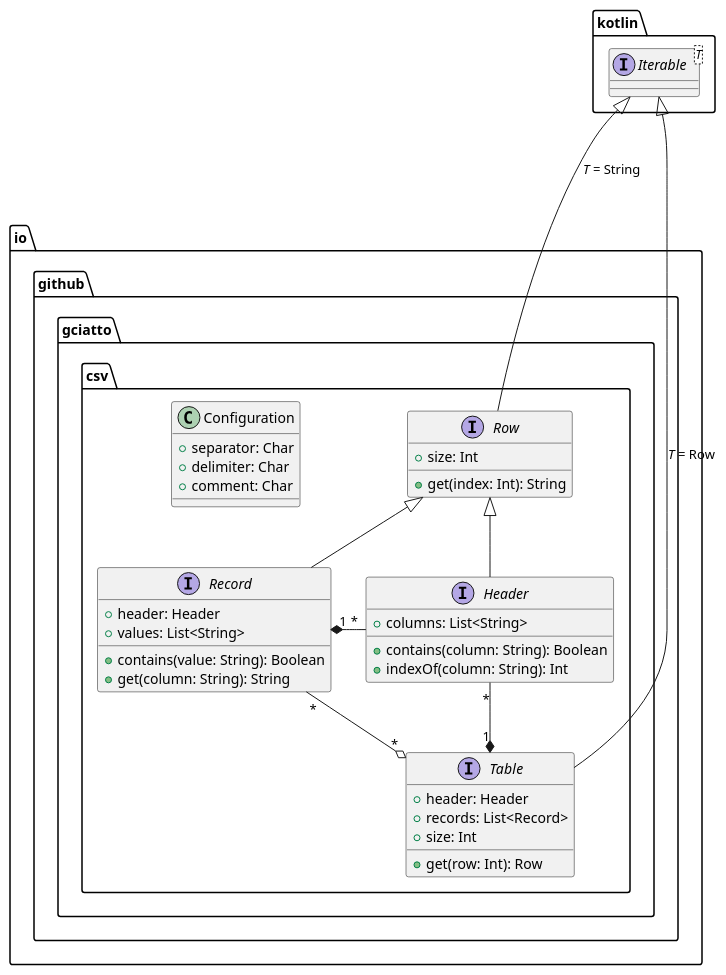
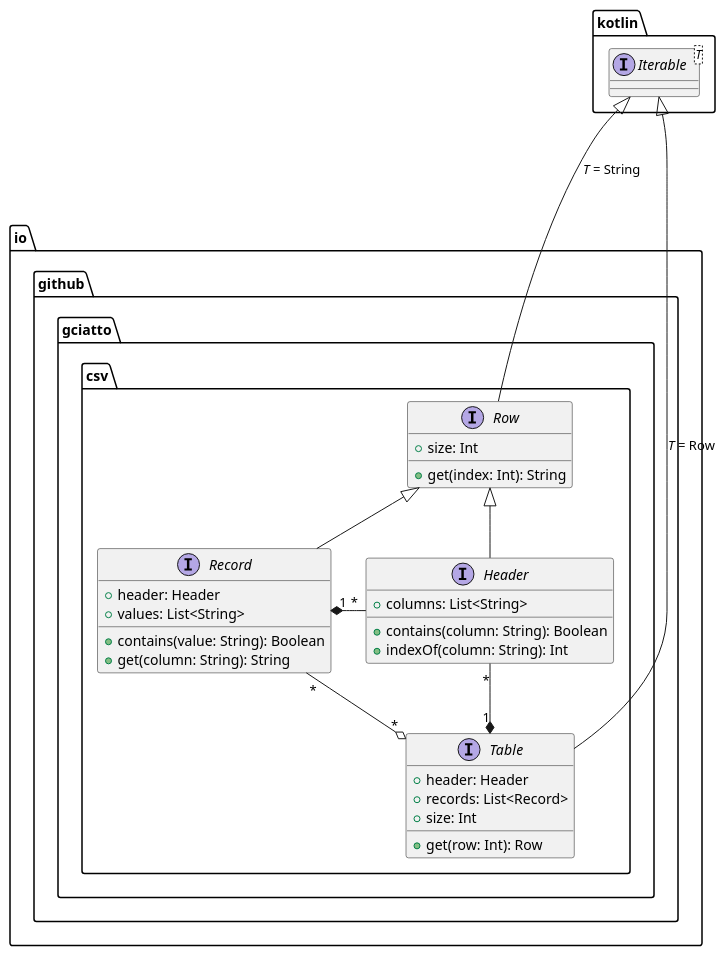
The first of 5 diagrams in content/02-WOBA/_index.md (gciatto/mpp4rs-slides), drawn with PlantUML before and after one commit. The commit also changed other lines of this file, not shown here.

```diff
--- a/content/02-WOBA/_index.md
+++ b/content/02-WOBA/_index.md
@@ -481,52 +502,47 @@
 @startuml
+skinparam monochrome false
 top to bottom direction
 
 package "kotlin" {
     interface Iterable<T>
 }
 
 package "io.github.gciatto.csv" {
     interface Row {
         + get(index: Int): String
         + size: Int
     }
 
     Row -up-|> Iterable: //T// = String
 
     interface Header {
         + columns: List<String>
         + contains(column: String): Boolean
         + indexOf(column: String): Int
     }
 
     Row <|-- Header
 
     interface Record {
         + header: Header
         + values: List<String>
         + contains(value: String): Boolean
         + get(column: String): String
     }
 
     Row <|-- Record
 
     Record "1" *-right- "*" Header
 
     interface Table {
         + header: Header
         + records: List<Record>
         + get(row: Int): Row
         + size: Int
     }
 
     Table "1" *-u- "*" Header
     Table "*" o-u- "*" Record
     Table -u----|> Iterable: //T// = Row
-
-    class Configuration {
-        + separator: Char
-        + delimiter: Char
-        + comment: Char
-    }
 }
 @enduml
```
